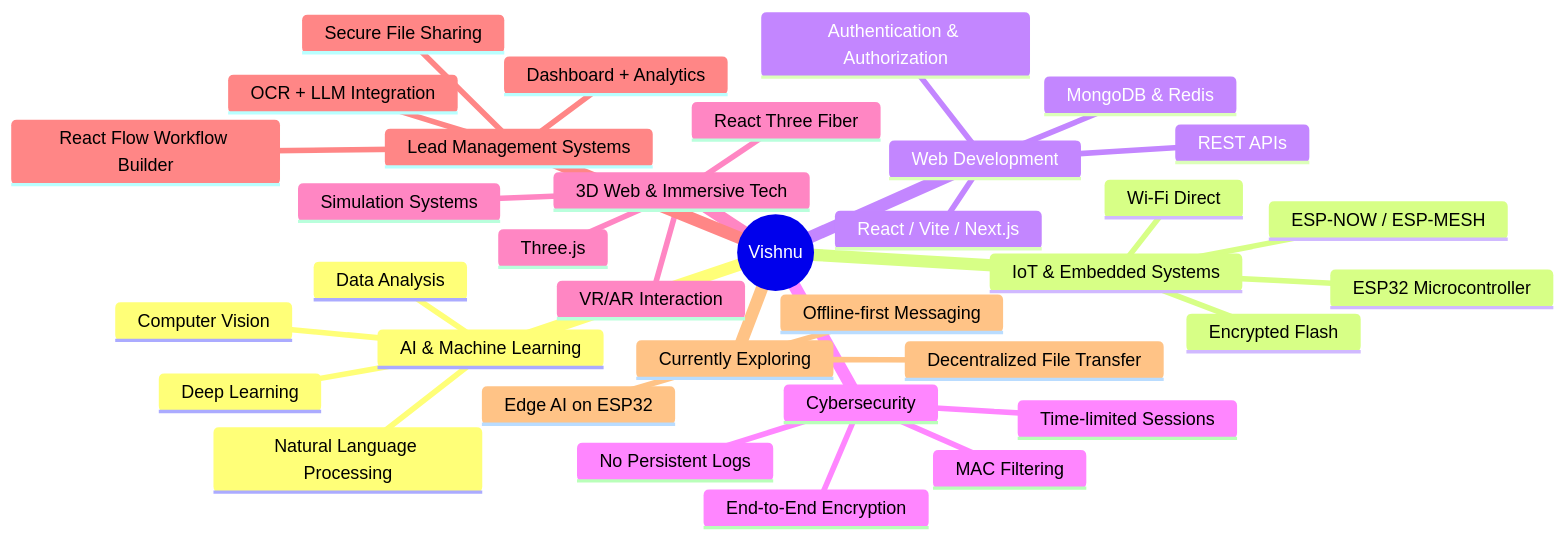
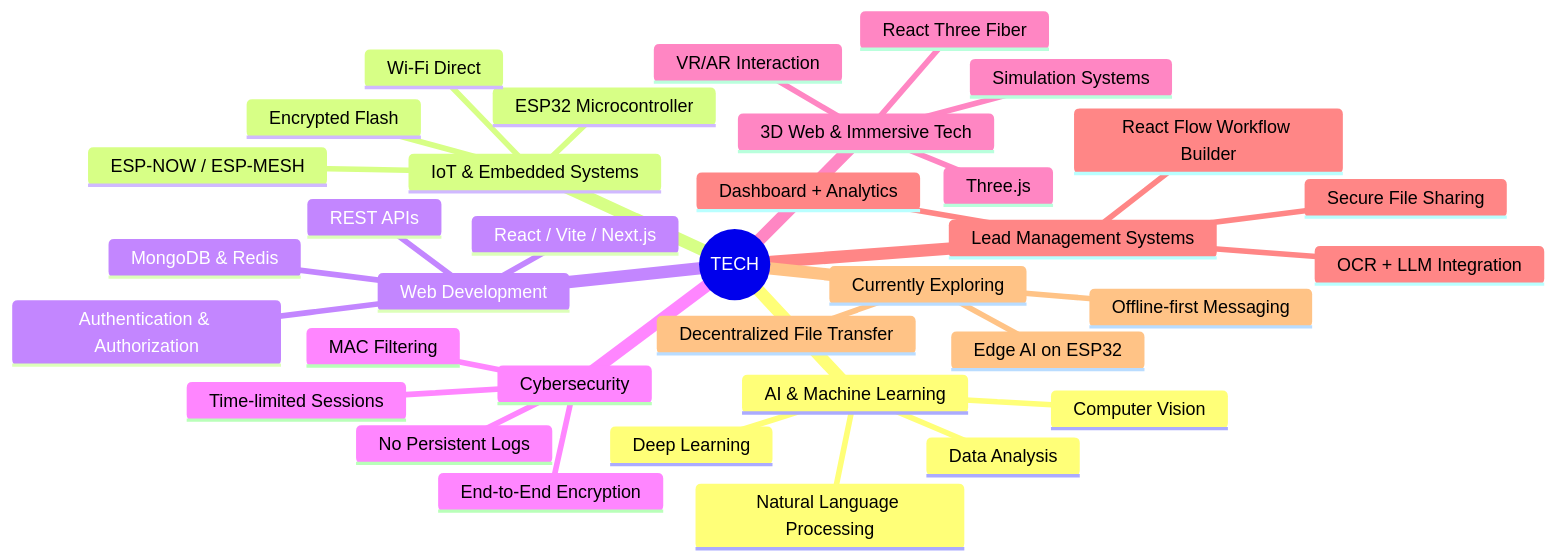
Before and after one commit to code-with-vishnu26/code-with-vishnu26: the diagram in README.md, drawn with Mermaid. The commit also changed other lines of this file, not shown here.

````diff
--- a/README.md
+++ b/README.md
@@ -49,38 +48,38 @@
 ```mermaid
 mindmap
-  root((Vishnu))
+  root((TECH))
     AI & Machine Learning
       Data Analysis
       Computer Vision
       Deep Learning
       Natural Language Processing
     IoT & Embedded Systems
       ESP32 Microcontroller
       Wi-Fi Direct
       ESP-NOW / ESP-MESH
       Encrypted Flash
     Web Development
       React / Vite / Next.js
       MongoDB & Redis
       Authentication & Authorization
       REST APIs
     Cybersecurity
       End-to-End Encryption
       MAC Filtering
       Time-limited Sessions
       No Persistent Logs
     3D Web & Immersive Tech
       Three.js
       VR/AR Interaction
       Simulation Systems
       React Three Fiber
     Lead Management Systems
       OCR + LLM Integration
       React Flow Workflow Builder
       Dashboard + Analytics
       Secure File Sharing
     Currently Exploring
       Edge AI on ESP32
       Offline-first Messaging
       Decentralized File Transfer
 ```
````
